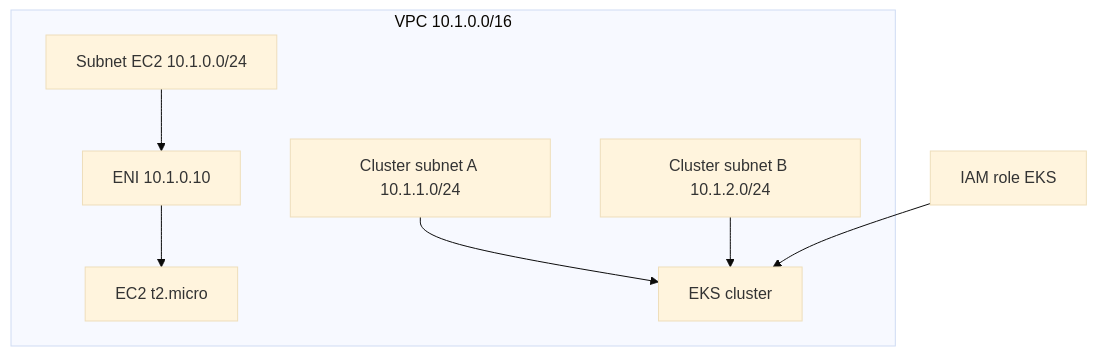
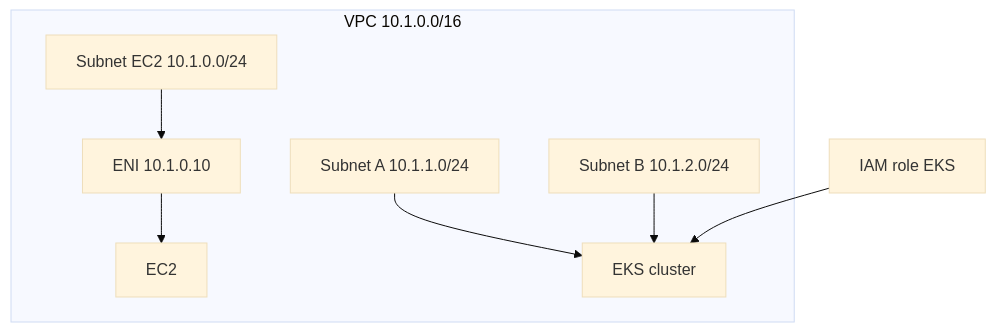
One commit to joheee/AwsBaseInfra changed the diagram in readme.md. Above: the diagram before and after it, drawn with Mermaid (base theme). The commit also changed other lines of this file, not shown here.

````diff
--- a/readme.md
+++ b/readme.md
@@ -14,16 +14,16 @@
 ```mermaid
 flowchart TB
   subgraph vpc[VPC 10.1.0.0/16]
     sn_ec2[Subnet EC2 10.1.0.0/24]
-    sn_a[Cluster subnet A 10.1.1.0/24]
-    sn_b[Cluster subnet B 10.1.2.0/24]
+    sn_a[Subnet A 10.1.1.0/24]
+    sn_b[Subnet B 10.1.2.0/24]
     nic[ENI 10.1.0.10]
-    ec2[EC2 t2.micro]
+    ec2[EC2]
     eks[EKS cluster]
   end
   iam[IAM role EKS]
   sn_ec2 --> nic --> ec2
   sn_a --> eks
   sn_b --> eks
   iam --> eks
 ```
````
